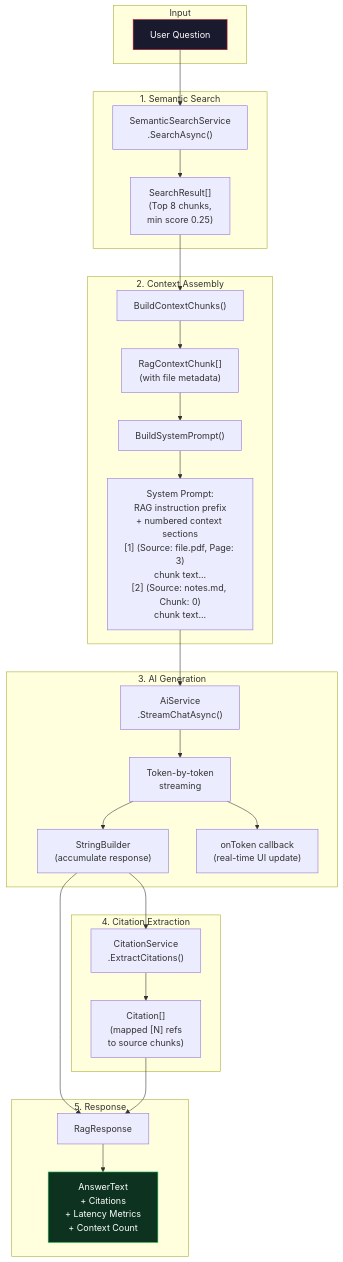
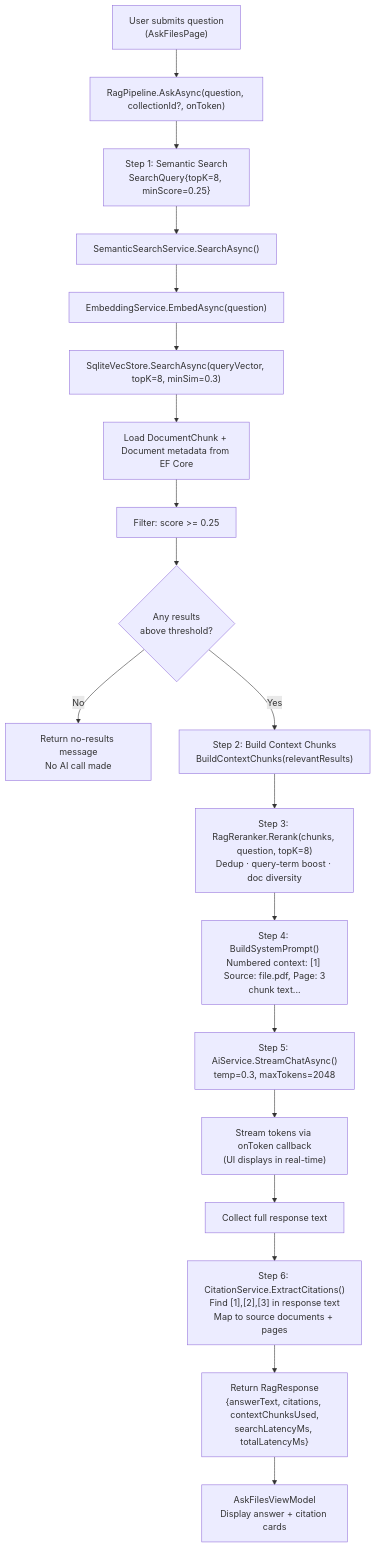
Before and after one commit to Git-Rocky-Stack/Agent-X: the ninth of 14 diagrams in docs/ARCHITECTURE.md, drawn with Mermaid. The commit also changed other lines of this file and 70 other files, not shown here.

````diff
--- a/docs/ARCHITECTURE.md
+++ b/docs/ARCHITECTURE.md
@@ -962,39 +1181,26 @@
 ```mermaid
-flowchart TB
-    subgraph "Input"
-        Q["User Question"]
-    end
+flowchart TD
+    A["User submits question\n(AskFilesPage)"] --> B["RagPipeline.AskAsync(question, collectionId?, onToken)"]
 
-    subgraph "1. Semantic Search"
-        Q --> SS["SemanticSearchService<br/>.SearchAsync()"]
-        SS --> SR["SearchResult[]<br/>(Top 8 chunks,<br/>min score 0.25)"]
-    end
+    B --> C["Step 1: Semantic Search\nSearchQuery{topK=8, minScore=0.25}"]
+    C --> D["SemanticSearchService.SearchAsync()"]
+    D --> E["EmbeddingService.EmbedAsync(question)"]
+    E --> F["SqliteVecStore.SearchAsync(queryVector, topK=8, minSim=0.3)"]
+    F --> G["Load DocumentChunk + Document metadata from EF Core"]
+    G --> H["Filter: score >= 0.25"]
 
-    subgraph "2. Context Assembly"
-        SR --> CB["BuildContextChunks()"]
-        CB --> CC["RagContextChunk[]<br/>(with file metadata)"]
-        CC --> SP["BuildSystemPrompt()"]
-        SP --> SYS["System Prompt:<br/>RAG instruction prefix<br/>+ numbered context sections<br/>[1] (Source: file.pdf, Page: 3)<br/>chunk text...<br/>[2] (Source: notes.md, Chunk: 0)<br/>chunk text..."]
-    end
+    H --> I{"Any results\nabove threshold?"}
+    I -->|"No"| J["Return no-results message\nNo AI call made"]
+    I -->|"Yes"| K["Step 2: Build Context Chunks\nBuildContextChunks(relevantResults)"]
 
-    subgraph "3. AI Generation"
-        SYS --> AI["AiService<br/>.StreamChatAsync()"]
-        AI --> TOK["Token-by-token<br/>streaming"]
-        TOK --> CB2["StringBuilder<br/>(accumulate response)"]
-        TOK --> UI["onToken callback<br/>(real-time UI update)"]
-    end
+    K --> L["Step 3: RagReranker.Rerank(chunks, question, topK=8)\nDedup · query-term boost · doc diversity"]
+    L --> M["Step 4: BuildSystemPrompt()\nNumbered context: [1] Source: file.pdf, Page: 3\nchunk text..."]
 
-    subgraph "4. Citation Extraction"
-        CB2 --> CE["CitationService<br/>.ExtractCitations()"]
-        CE --> CIT["Citation[]<br/>(mapped [N] refs<br/>to source chunks)"]
-    end
+    M --> N["Step 5: AiService.StreamChatAsync()\ntemp=0.3, maxTokens=2048"]
+    N --> O["Stream tokens via onToken callback\n(UI displays in real-time)"]
+    O --> P["Collect full response text"]
 
-    subgraph "5. Response"
-        CB2 --> RR["RagResponse"]
-        CIT --> RR
-        RR --> OUT["AnswerText<br/>+ Citations<br/>+ Latency Metrics<br/>+ Context Count"]
-    end
-
-    style Q fill:#1a1a2e,stroke:#C41E3A,color:#fff
-    style OUT fill:#0d3320,stroke:#22c55e,color:#fff
+    P --> Q["Step 6: CitationService.ExtractCitations()\nFind [1],[2],[3] in response text\nMap to source documents + pages"]
+    Q --> R["Return RagResponse\n{answerText, citations, contextChunksUsed,\nsearchLatencyMs, totalLatencyMs}"]
+    R --> S["AskFilesViewModel\nDisplay answer + citation cards"]
 ```
````
